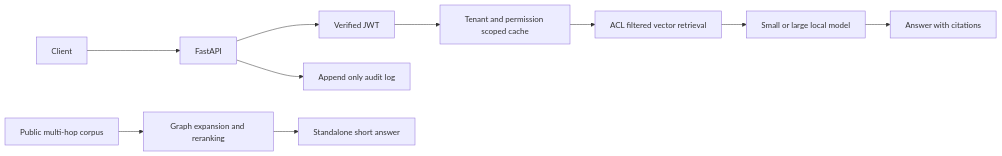
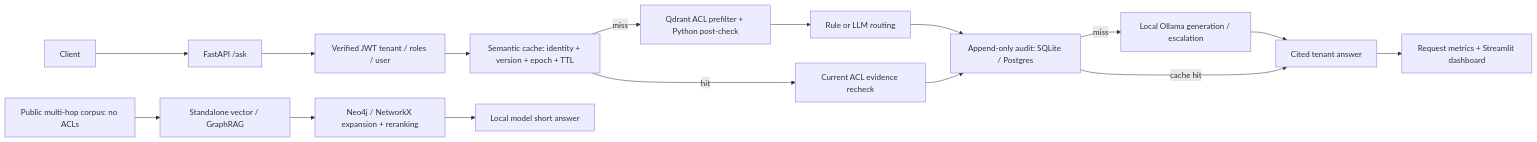
Before and after one commit to trishabatshya/rag-platform: the diagram in README.md, drawn with Mermaid. The commit also changed other lines of this file and 15 other files, not shown here.

````diff
--- a/README.md
+++ b/README.md
@@ -3,12 +3,18 @@
 ```mermaid
 flowchart LR
-    Client --> API[FastAPI]
-    API --> Identity[Verified JWT]
-    Identity --> Cache[Tenant and permission scoped cache]
-    Cache --> Retrieval[ACL filtered vector retrieval]
-    Retrieval --> Router[Small or large local model]
-    Router --> Answer[Answer with citations]
-    API --> Audit[Append only audit log]
-    PublicCorpus[Public multi-hop corpus] --> Graph[Graph expansion and reranking]
-    Graph --> PublicAnswer[Standalone short answer]
+    Client --> API[FastAPI /ask]
+    API --> Identity[Verified JWT tenant / roles / user]
+    Identity --> Cache[Semantic cache: identity + version + epoch + TTL]
+    Cache -->|miss| Retrieval[Qdrant ACL prefilter + Python post-check]
+    Retrieval --> Router[Rule or LLM routing]
+    Router --> Audit[Append-only audit: SQLite / Postgres]
+    Cache -->|hit| Recheck[Current ACL evidence recheck]
+    Recheck --> Audit
+    Audit -->|miss| Models[Local Ollama generation / escalation]
+    Models --> Answer[Cited tenant answer]
+    Audit -->|cache hit| Answer
+    Answer --> Metrics[Request metrics + Streamlit dashboard]
+    PublicCorpus[Public multi-hop corpus: no ACLs] --> Graph[Standalone vector / GraphRAG]
+    Graph --> Evidence[Neo4j / NetworkX expansion + reranking]
+    Evidence --> PublicAnswer[Local model short answer]
 ```
````
